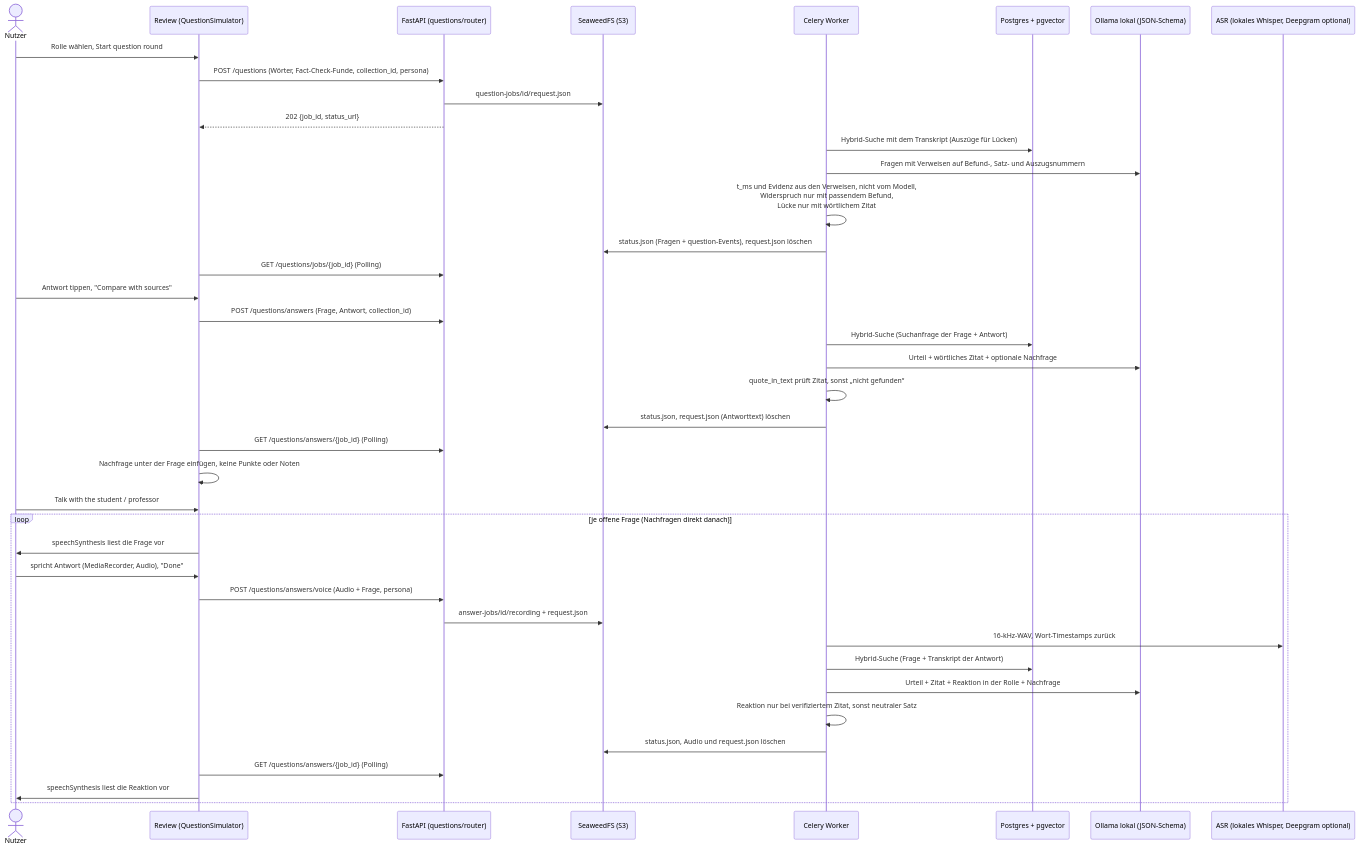
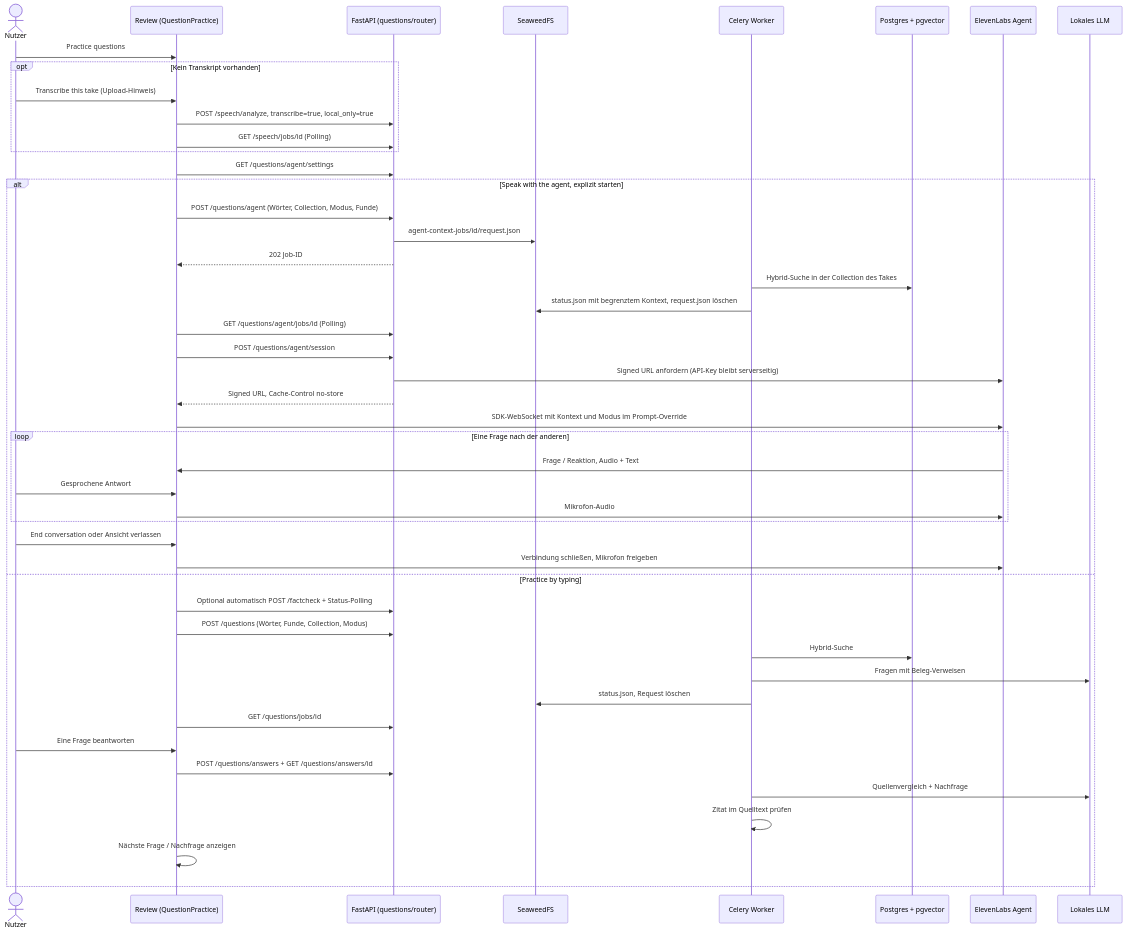
Before and after one commit to johannes3502/hackathon-fulda: the sixth of 11 diagrams in docs/03-architecture.md, drawn with Mermaid. The commit also changed other lines of this file and 36 other files, not shown here.

Commit message:
Simplify presentation review and add contextual ElevenLabs questions

````diff
--- a/docs/03-architecture.md
+++ b/docs/03-architecture.md
@@ -293,43 +301,50 @@
 ```mermaid
 sequenceDiagram
     actor U as Nutzer
-    participant FE as Review (QuestionSimulator)
+    participant FE as Review (QuestionPractice)
     participant BE as FastAPI (questions/router)
-    participant S3 as SeaweedFS (S3)
+    participant S3 as SeaweedFS
     participant W as Celery Worker
     participant PG as Postgres + pgvector
-    participant L as Ollama lokal (JSON-Schema)
-    participant A as ASR (lokales Whisper, Deepgram optional)
+    participant E as ElevenLabs Agent
+    participant L as Lokales LLM
 
-    U->>FE: Rolle wählen, Start question round
-    FE->>BE: POST /questions (Wörter, Fact-Check-Funde, collection_id, persona)
-    BE->>S3: question-jobs/id/request.json
-    BE-->>FE: 202 {job_id, status_url}
-    W->>PG: Hybrid-Suche mit dem Transkript (Auszüge für Lücken)
-    W->>L: Fragen mit Verweisen auf Befund-, Satz- und Auszugsnummern
-    W->>W: t_ms und Evidenz aus den Verweisen, nicht vom Modell,<br/>Widerspruch nur mit passendem Befund,<br/>Lücke nur mit wörtlichem Zitat
-    W->>S3: status.json (Fragen + question-Events), request.json löschen
-    FE->>BE: GET /questions/jobs/{job_id} (Polling)
-    U->>FE: Antwort tippen, "Compare with sources"
-    FE->>BE: POST /questions/answers (Frage, Antwort, collection_id)
-    W->>PG: Hybrid-Suche (Suchanfrage der Frage + Antwort)
-    W->>L: Urteil + wörtliches Zitat + optionale Nachfrage
-    W->>W: quote_in_text prüft Zitat, sonst „nicht gefunden“
-    W->>S3: status.json, request.json (Antworttext) löschen
-    FE->>BE: GET /questions/answers/{job_id} (Polling)
-    FE->>FE: Nachfrage unter der Frage einfügen, keine Punkte oder Noten
-    U->>FE: Talk with the student / professor
-    loop je offene Frage (Nachfragen direkt danach)
-        FE->>U: speechSynthesis liest die Frage vor
-        U->>FE: spricht Antwort (MediaRecorder, Audio), "Done"
-        FE->>BE: POST /questions/answers/voice (Audio + Frage, persona)
-        BE->>S3: answer-jobs/id/recording + request.json
-        W->>A: 16-kHz-WAV, Wort-Timestamps zurück
-        W->>PG: Hybrid-Suche (Frage + Transkript der Antwort)
-        W->>L: Urteil + Zitat + Reaktion in der Rolle + Nachfrage
-        W->>W: Reaktion nur bei verifiziertem Zitat, sonst neutraler Satz
-        W->>S3: status.json, Audio und request.json löschen
-        FE->>BE: GET /questions/answers/{job_id} (Polling)
-        FE->>U: speechSynthesis liest die Reaktion vor
+    U->>FE: Practice questions
+    opt Kein Transkript vorhanden
+        U->>FE: Transcribe this take (Upload-Hinweis)
+        FE->>BE: POST /speech/analyze, transcribe=true, local_only=true
+        FE->>BE: GET /speech/jobs/id (Polling)
+    end
+    FE->>BE: GET /questions/agent/settings
+    alt Speak with the agent, explizit starten
+        FE->>BE: POST /questions/agent (Wörter, Collection, Modus, Funde)
+        BE->>S3: agent-context-jobs/id/request.json
+        BE-->>FE: 202 Job-ID
+        W->>PG: Hybrid-Suche in der Collection des Takes
+        W->>S3: status.json mit begrenztem Kontext, request.json löschen
+        FE->>BE: GET /questions/agent/jobs/id (Polling)
+        FE->>BE: POST /questions/agent/session
+        BE->>E: Signed URL anfordern (API-Key bleibt serverseitig)
+        BE-->>FE: Signed URL, Cache-Control no-store
+        FE->>E: SDK-WebSocket mit Kontext und Modus im Prompt-Override
+        loop Eine Frage nach der anderen
+            E->>FE: Frage / Reaktion, Audio + Text
+            U->>FE: Gesprochene Antwort
+            FE->>E: Mikrofon-Audio
+        end
+        U->>FE: End conversation oder Ansicht verlassen
+        FE->>E: Verbindung schließen, Mikrofon freigeben
+    else Practice by typing
+        FE->>BE: Optional automatisch POST /factcheck + Status-Polling
+        FE->>BE: POST /questions (Wörter, Funde, Collection, Modus)
+        W->>PG: Hybrid-Suche
+        W->>L: Fragen mit Beleg-Verweisen
+        W->>S3: status.json, Request löschen
+        FE->>BE: GET /questions/jobs/id
+        U->>FE: Eine Frage beantworten
+        FE->>BE: POST /questions/answers + GET /questions/answers/id
+        W->>L: Quellenvergleich + Nachfrage
+        W->>W: Zitat im Quelltext prüfen
+        FE->>FE: Nächste Frage / Nachfrage anzeigen
     end
 ```
````
